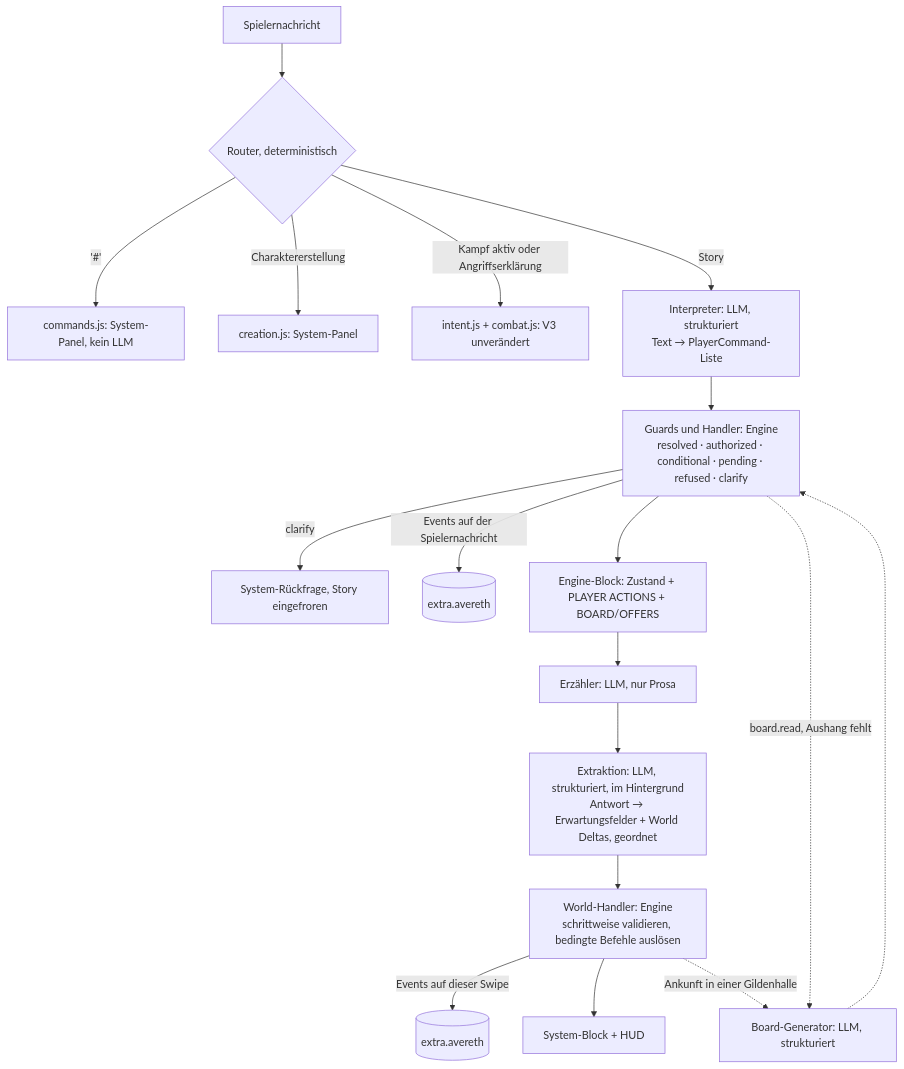
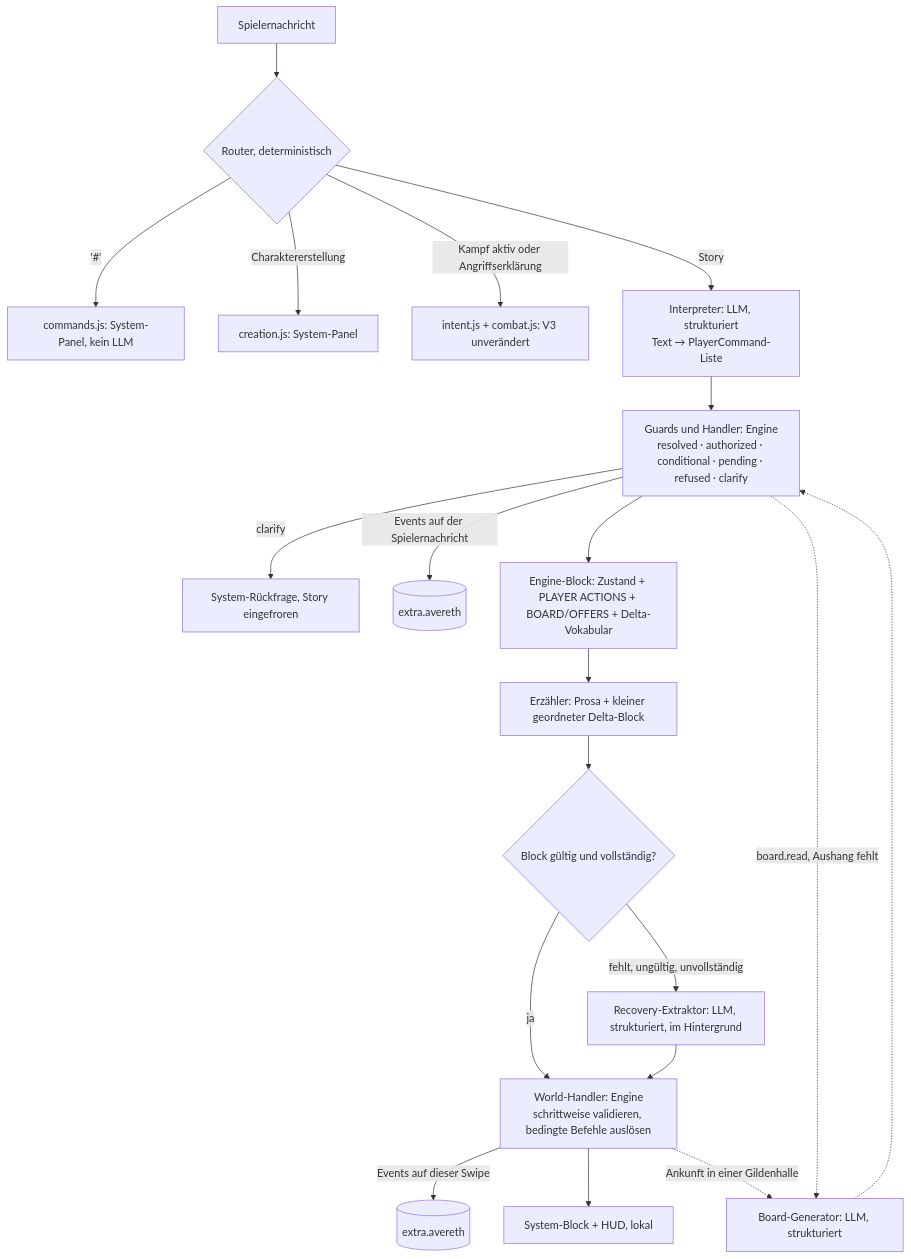
Before and after one commit to Mango1331/Claude-AI-RPG-Game: the diagram in avereth-engine/docs/RUNTIME_V4_PLAN.md, drawn with Mermaid. The commit also changed other lines of this file and 2 other files, not shown here.

````diff
--- a/avereth-engine/docs/RUNTIME_V4_PLAN.md
+++ b/avereth-engine/docs/RUNTIME_V4_PLAN.md
@@ -133,20 +199,22 @@
 ```mermaid
 flowchart TD
   P[Spielernachricht] --> R{Router, deterministisch}
   R -->|'#'| CMD[commands.js: System-Panel, kein LLM]
   R -->|Charaktererstellung| CR[creation.js: System-Panel]
   R -->|Kampf aktiv oder Angriffserklärung| CB[intent.js + combat.js: V3 unverändert]
   R -->|Story| I[Interpreter: LLM, strukturiert<br/>Text → PlayerCommand-Liste]
   I --> G[Guards und Handler: Engine<br/>resolved · authorized · conditional · pending · refused · clarify]
   G -->|clarify| Q[System-Rückfrage, Story eingefroren]
   G -->|Events auf der Spielernachricht| E1[(extra.avereth)]
-  G --> B[Engine-Block: Zustand + PLAYER ACTIONS + BOARD/OFFERS]
-  B --> N[Erzähler: LLM, nur Prosa]
-  N --> X[Extraktion: LLM, strukturiert, im Hintergrund<br/>Antwort → Erwartungsfelder + World Deltas, geordnet]
-  X --> V[World-Handler: Engine<br/>schrittweise validieren, bedingte Befehle auslösen]
-  V -->|Events auf dieser Swipe| E2[(extra.avereth)]
-  V --> D[System-Block + HUD]
+  G --> B[Engine-Block: Zustand + PLAYER ACTIONS + BOARD/OFFERS + Delta-Vokabular]
+  B --> N[Erzähler: Prosa + kleiner geordneter Delta-Block]
+  N --> V{Block gültig und vollständig?}
+  V -->|ja| W[World-Handler: Engine<br/>schrittweise validieren, bedingte Befehle auslösen]
+  V -->|fehlt, ungültig, unvollständig| X[Recovery-Extraktor: LLM, strukturiert, im Hintergrund]
+  X --> W
+  W -->|Events auf dieser Swipe| E2[(extra.avereth)]
+  W --> D[System-Block + HUD, lokal]
   G -.->|board.read, Aushang fehlt| BG[Board-Generator: LLM, strukturiert]
-  V -.->|Ankunft in einer Gildenhalle| BG
+  W -.->|Ankunft in einer Gildenhalle| BG
   BG -.-> G
 ```
````
